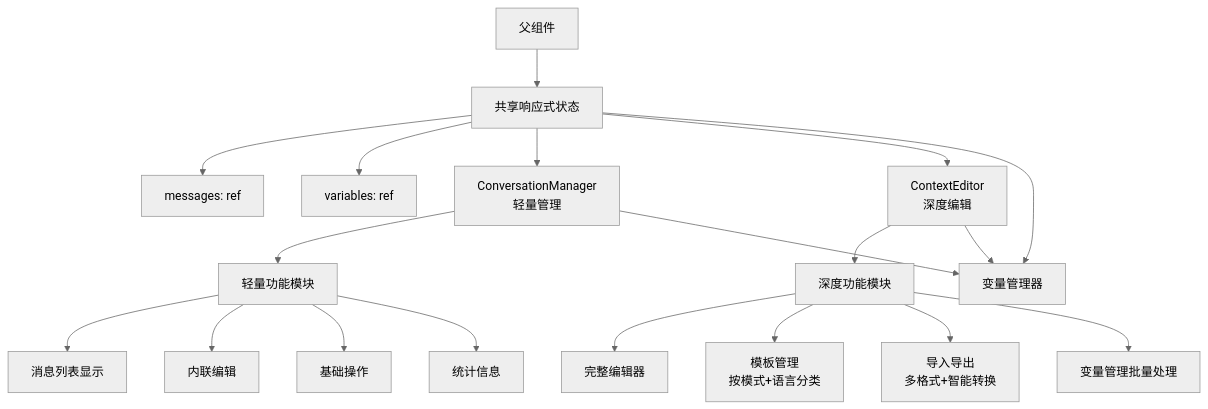
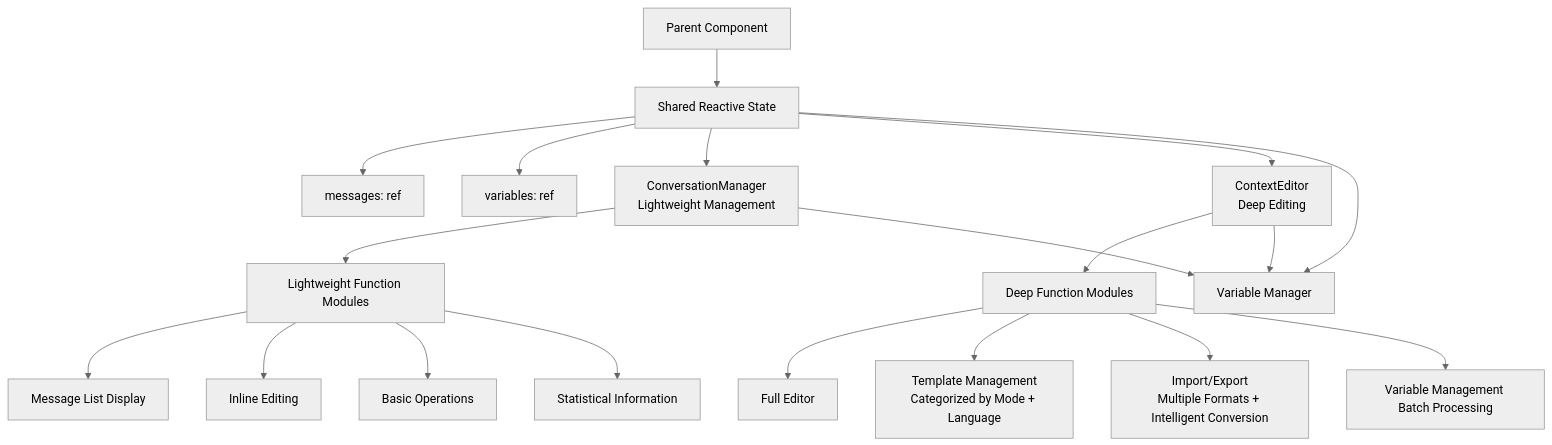
The diagram in docs/archives/121-context-editor-refactor/design.md (Bzcasper/prompt-optimizer-develop), drawn with Mermaid (neutral theme) before and after one commit. The commit also changed other lines of this file and 112 other files, not shown here.

````diff
--- a/docs/archives/121-context-editor-refactor/design.md
+++ b/docs/archives/121-context-editor-refactor/design.md
@@ -51,25 +51,25 @@
 ```mermaid
 graph TD
-    A[父组件] --> B[共享响应式状态]
+    A[Parent Component] --> B[Shared Reactive State]
     B --> B1[messages: ref]
     B --> B2[variables: ref]
     
-    B --> C[ConversationManager<br/>轻量管理]
-    B --> D[ContextEditor<br/>深度编辑]
+    B --> C[ConversationManager<br/>Lightweight Management]
+    B --> D[ContextEditor<br/>Deep Editing]
     
-    C --> E[轻量功能模块]
-    E --> E1[消息列表显示]
-    E --> E2[内联编辑]
-    E --> E3[基础操作]
-    E --> E4[统计信息]
+    C --> E[Lightweight Function Modules]
+    E --> E1[Message List Display]
+    E --> E2[Inline Editing]
+    E --> E3[Basic Operations]
+    E --> E4[Statistical Information]
     
-    D --> F[深度功能模块] 
-    F --> F1[完整编辑器]
-    F --> F2[模板管理<br/>按模式+语言分类]
-    F --> F3[导入导出<br/>多格式+智能转换]
-    F --> F4[变量管理批量处理]
+    D --> F[Deep Function Modules] 
+    F --> F1[Full Editor]
+    F --> F2[Template Management<br/>Categorized by Mode + Language]
+    F --> F3[Import/Export<br/>Multiple Formats + Intelligent Conversion]
+    F --> F4[Variable Management Batch Processing]
     
-    B --> G[变量管理器]
+    B --> G[Variable Manager]
     C --> G
     D --> G
 ```
````
